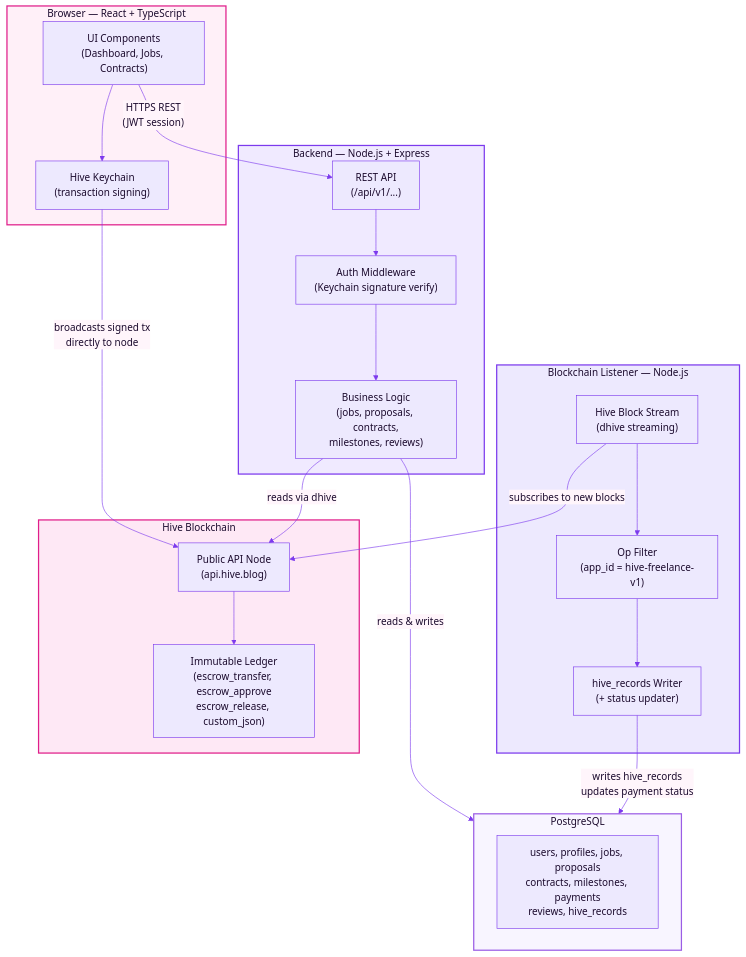
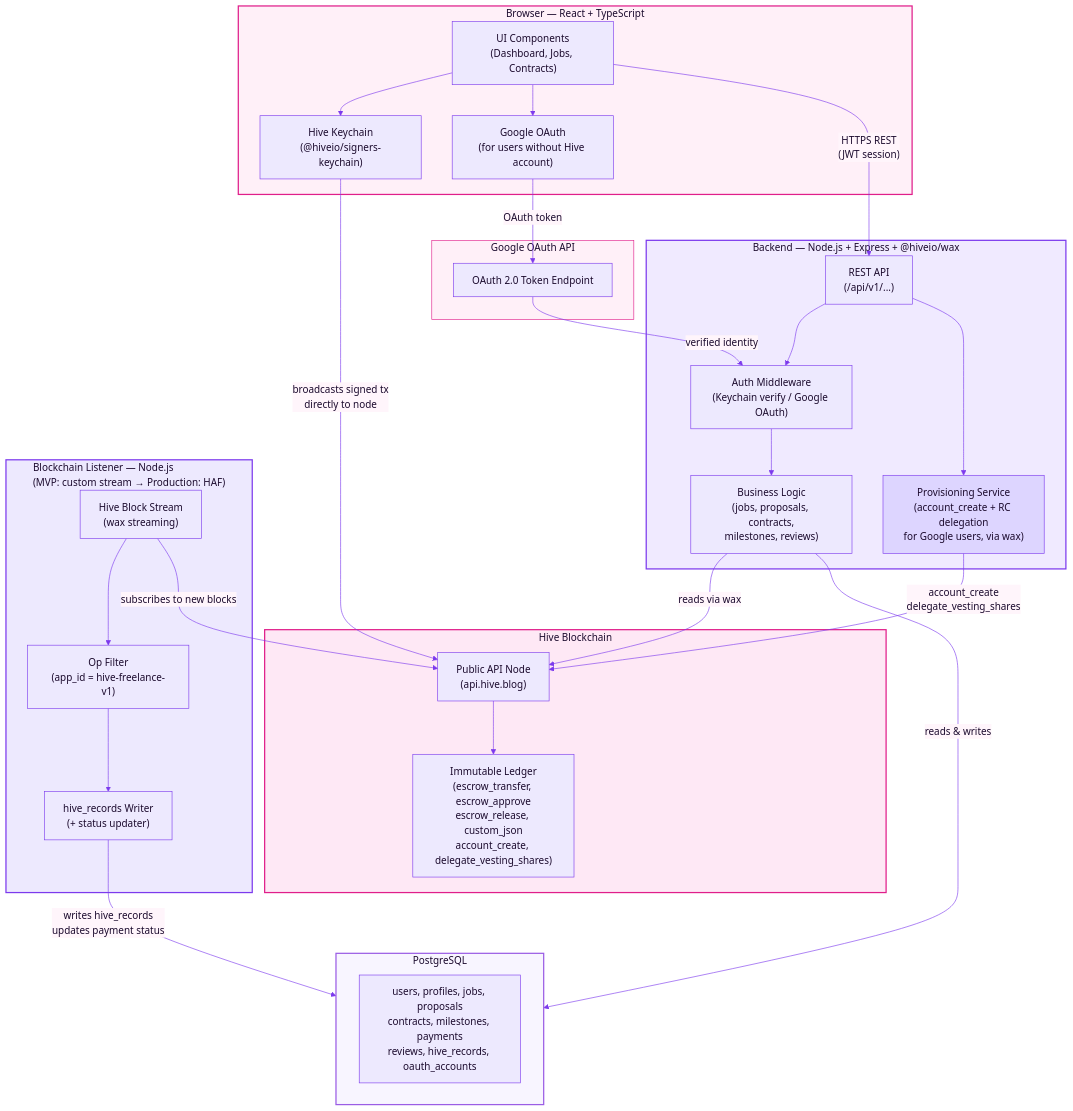
The first of 3 diagrams in Docs/[03] System_Architecture_Data_Model/[03] Architecture_and_API.md (hdev-core/hive-freelance), drawn with Mermaid before and after one commit. The commit also changed other lines of this file, not shown here.

First line of the commit message:
Update [03] Architecture_and_API.md

````diff
--- a/Docs/[03] System_Architecture_Data_Model/[03] Architecture_and_API.md
+++ b/Docs/[03] System_Architecture_Data_Model/[03] Architecture_and_API.md
@@ -13,46 +13,59 @@
 ```mermaid
 %%{init: {'theme': 'base', 'themeVariables': {'primaryColor': '#EDE9FE', 'primaryBorderColor': '#7C3AED', 'primaryTextColor': '#1C0B2E', 'lineColor': '#7C3AED', 'clusterBkg': '#FFF5FB', 'edgeLabelBackground': '#FFF5FB'}}}%%
 flowchart TD
     subgraph CLIENT["Browser — React + TypeScript"]
         UI["UI Components\n(Dashboard, Jobs, Contracts)"]
-        KC["Hive Keychain\n(transaction signing)"]
+        KC["Hive Keychain\n(@hiveio/signers-keychain)"]
+        GOAUTH["Google OAuth\n(for users without Hive account)"]
         UI --> KC
+        UI --> GOAUTH
     end
 
-    subgraph BACKEND["Backend — Node.js + Express"]
+    subgraph BACKEND["Backend — Node.js + Express + @hiveio/wax"]
         API["REST API\n(/api/v1/...)"]
-        AUTH["Auth Middleware\n(Keychain signature verify)"]
+        AUTH["Auth Middleware\n(Keychain verify / Google OAuth)"]
         BL["Business Logic\n(jobs, proposals, contracts,\nmilestones, reviews)"]
+        PROV["Provisioning Service\n(account_create + RC delegation\nfor Google users, via wax)"]
         API --> AUTH --> BL
+        API --> PROV
     end
 
-    subgraph LISTENER["Blockchain Listener — Node.js"]
-        STREAM["Hive Block Stream\n(dhive streaming)"]
+    subgraph LISTENER["Blockchain Listener — Node.js\n(MVP: custom stream → Production: HAF)"]
+        STREAM["Hive Block Stream\n(wax streaming)"]
         FILTER["Op Filter\n(app_id = hive-freelance-v1)"]
         WRITER["hive_records Writer\n(+ status updater)"]
         STREAM --> FILTER --> WRITER
     end
 
     subgraph DB["PostgreSQL"]
-        TABLES["users, profiles, jobs, proposals\ncontracts, milestones, payments\nreviews, hive_records"]
+        TABLES["users, profiles, jobs, proposals\ncontracts, milestones, payments\nreviews, hive_records, oauth_accounts"]
     end
 
     subgraph HIVE["Hive Blockchain"]
         NODE["Public API Node\n(api.hive.blog)"]
-        CHAIN["Immutable Ledger\n(escrow_transfer, escrow_approve\nescrow_release, custom_json)"]
+        CHAIN["Immutable Ledger\n(escrow_transfer, escrow_approve\nescrow_release, custom_json\naccount_create, delegate_vesting_shares)"]
         NODE --> CHAIN
+    end
+
+    subgraph GOOGLE["Google OAuth API"]
+        GAPI["OAuth 2.0 Token Endpoint"]
     end
 
     UI -->|"HTTPS REST\n(JWT session)"| API
     BL -->|"reads & writes"| DB
     KC -->|"broadcasts signed tx\ndirectly to node"| NODE
-    BL -->|"reads via dhive"| NODE
+    BL -->|"reads via wax"| NODE
+    PROV -->|"account_create\ndelegate_vesting_shares"| NODE
     STREAM -->|"subscribes to new blocks"| NODE
     WRITER -->|"writes hive_records\nupdates payment status"| DB
+    GOAUTH -->|"OAuth token"| GAPI
+    GAPI -->|"verified identity"| AUTH
 
     style CLIENT fill:#FFF0F8,stroke:#E01E8A,stroke-width:2px,color:#1C0B2E
     style BACKEND fill:#F0EAFF,stroke:#7C3AED,stroke-width:2px,color:#1C0B2E
     style LISTENER fill:#EDE9FE,stroke:#7C3AED,stroke-width:2px,color:#1C0B2E
     style DB fill:#F8F5FF,stroke:#9B5DE5,stroke-width:2px,color:#1C0B2E
     style HIVE fill:#FEE8F5,stroke:#E01E8A,stroke-width:2px,color:#1C0B2E
+    style GOOGLE fill:#FFF0F8,stroke:#E01E8A,stroke-width:1px,color:#1C0B2E
+    style PROV fill:#DDD5FF,stroke:#7C3AED,color:#1C0B2E
 ```
````
